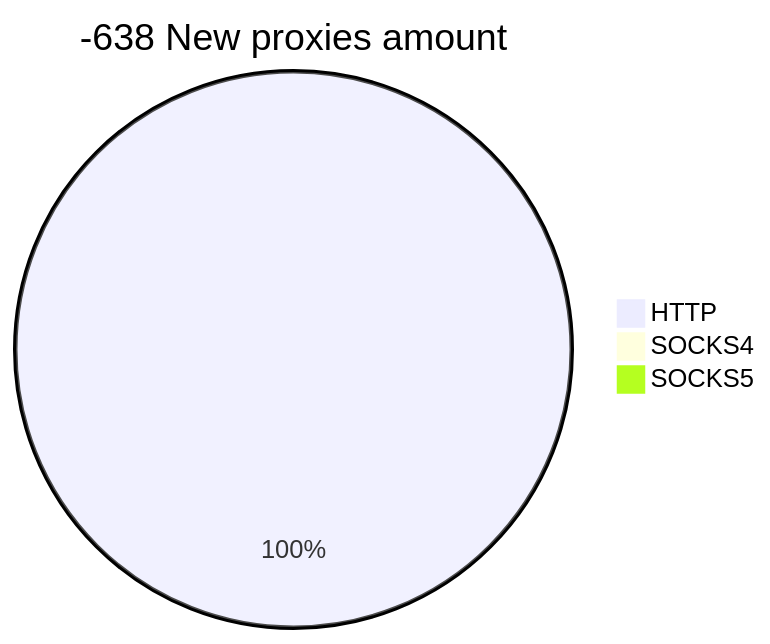
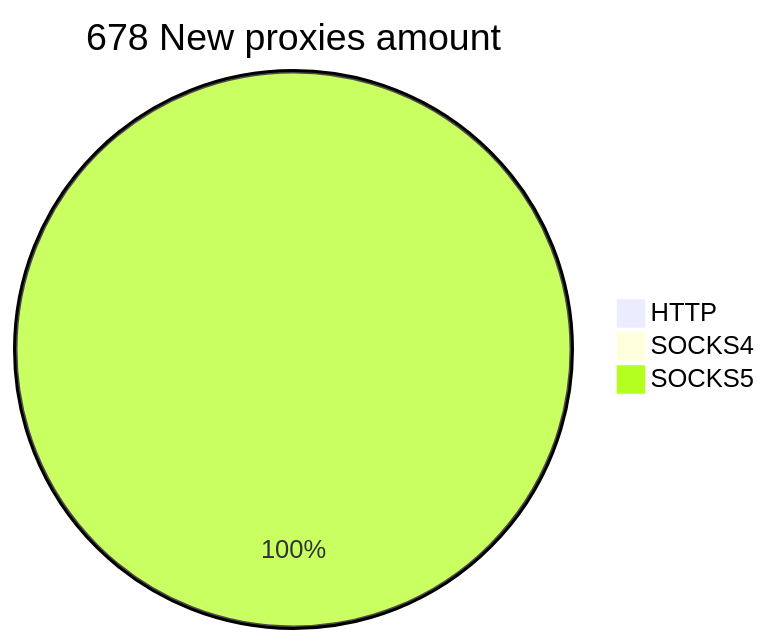
The second of 2 diagrams in README.md (cutipu/proxylist), drawn with Mermaid before and after one commit. The commit also changed other lines of this file, not shown here.

````diff
--- a/README.md
+++ b/README.md
@@ -10,6 +10,6 @@
 ```mermaid
-pie title -638 New proxies amount
-    "HTTP" : 36
+pie title 678 New proxies amount
+    "HTTP" : 0
     "SOCKS4" : 0
-    "SOCKS5" : 0
+    "SOCKS5" : 715
 ```
````
